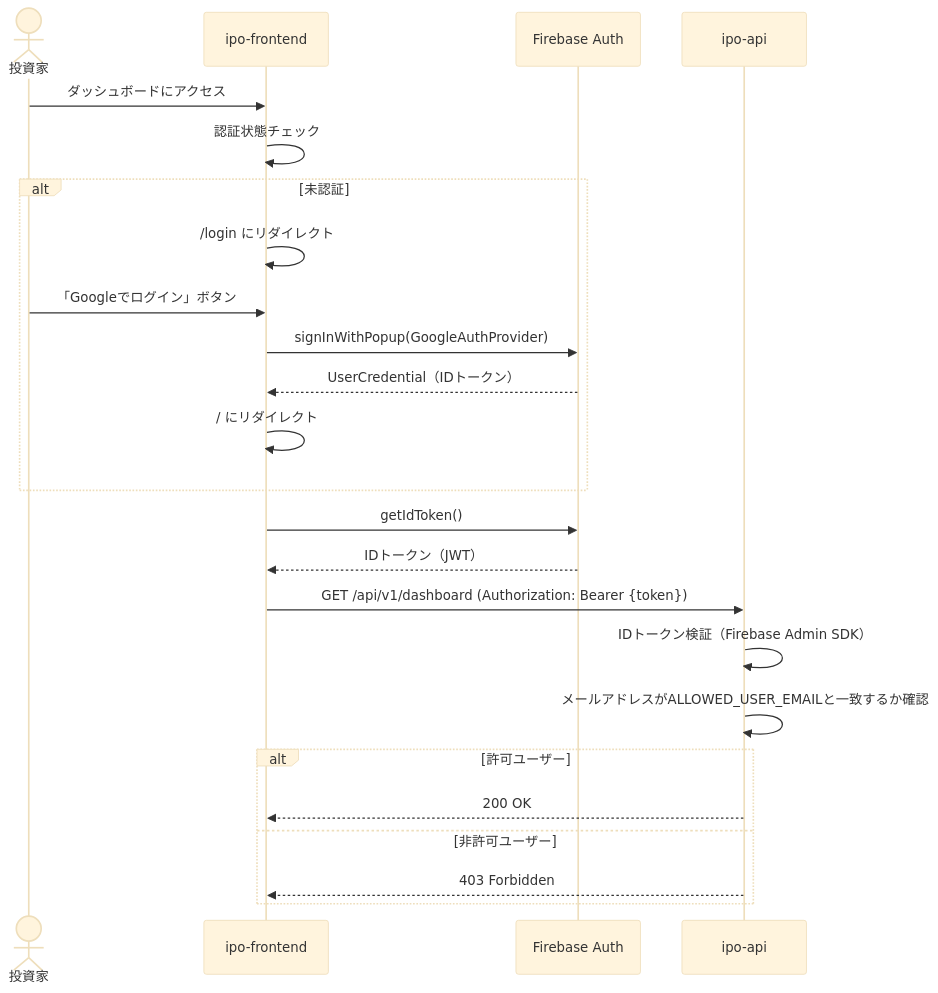
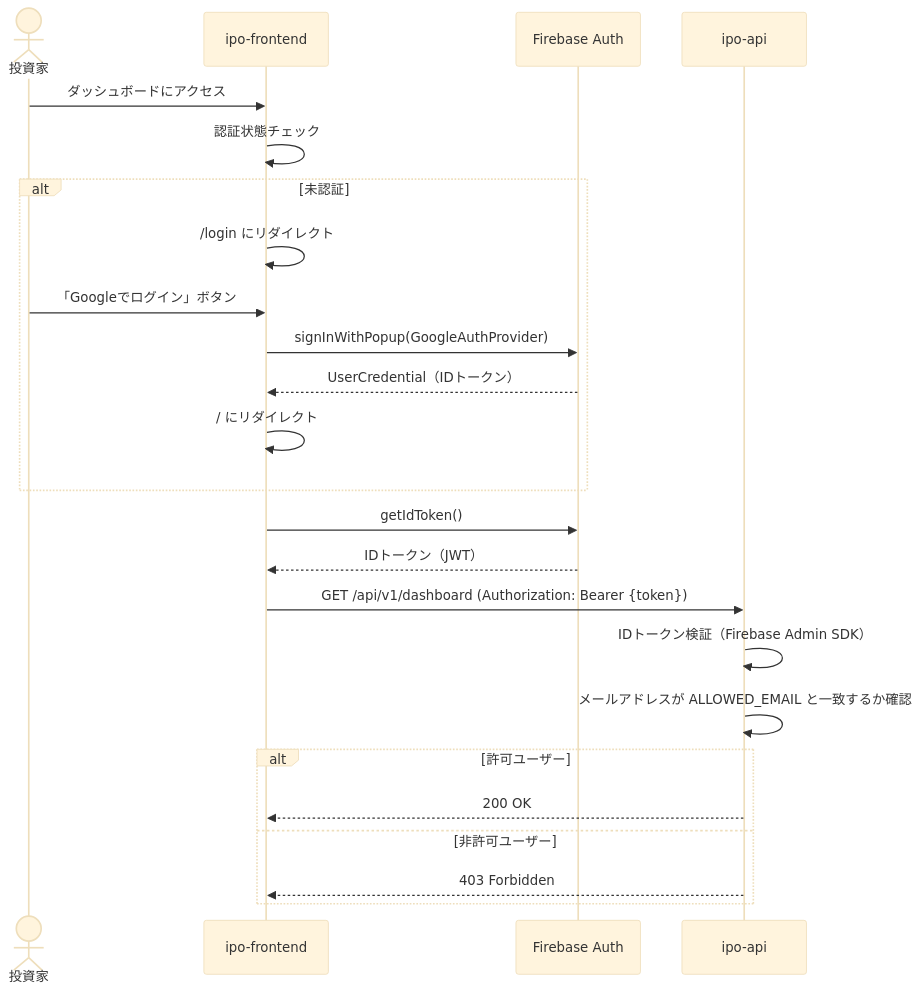
Before and after one commit to lihs-ie/ipotto: the first of 5 diagrams in docs/09-security-design/security-design.md, drawn with Mermaid (base theme). The commit also changed other lines of this file and 7 other files, not shown here.

First line of the commit message:
feat(ipo-api): add email allow-list authorization middleware (Phase 1 Task 1.4)

````diff
--- a/docs/09-security-design/security-design.md
+++ b/docs/09-security-design/security-design.md
@@ -71,30 +71,30 @@
 ```mermaid
 sequenceDiagram
     actor User as 投資家
     participant Frontend as ipo-frontend
     participant FireAuth as Firebase Auth
     participant API as ipo-api
 
     User->>Frontend: ダッシュボードにアクセス
     Frontend->>Frontend: 認証状態チェック
 
     alt 未認証
         Frontend->>Frontend: /login にリダイレクト
         User->>Frontend: 「Googleでログイン」ボタン
         Frontend->>FireAuth: signInWithPopup(GoogleAuthProvider)
         FireAuth-->>Frontend: UserCredential（IDトークン）
         Frontend->>Frontend: / にリダイレクト
     end
 
     Frontend->>FireAuth: getIdToken()
     FireAuth-->>Frontend: IDトークン（JWT）
     Frontend->>API: GET /api/v1/dashboard (Authorization: Bearer {token})
     API->>API: IDトークン検証（Firebase Admin SDK）
-    API->>API: メールアドレスがALLOWED_USER_EMAILと一致するか確認
+    API->>API: メールアドレスが ALLOWED_EMAIL と一致するか確認
 
     alt 許可ユーザー
         API-->>Frontend: 200 OK
     else 非許可ユーザー
         API-->>Frontend: 403 Forbidden
     end
 ```
````
